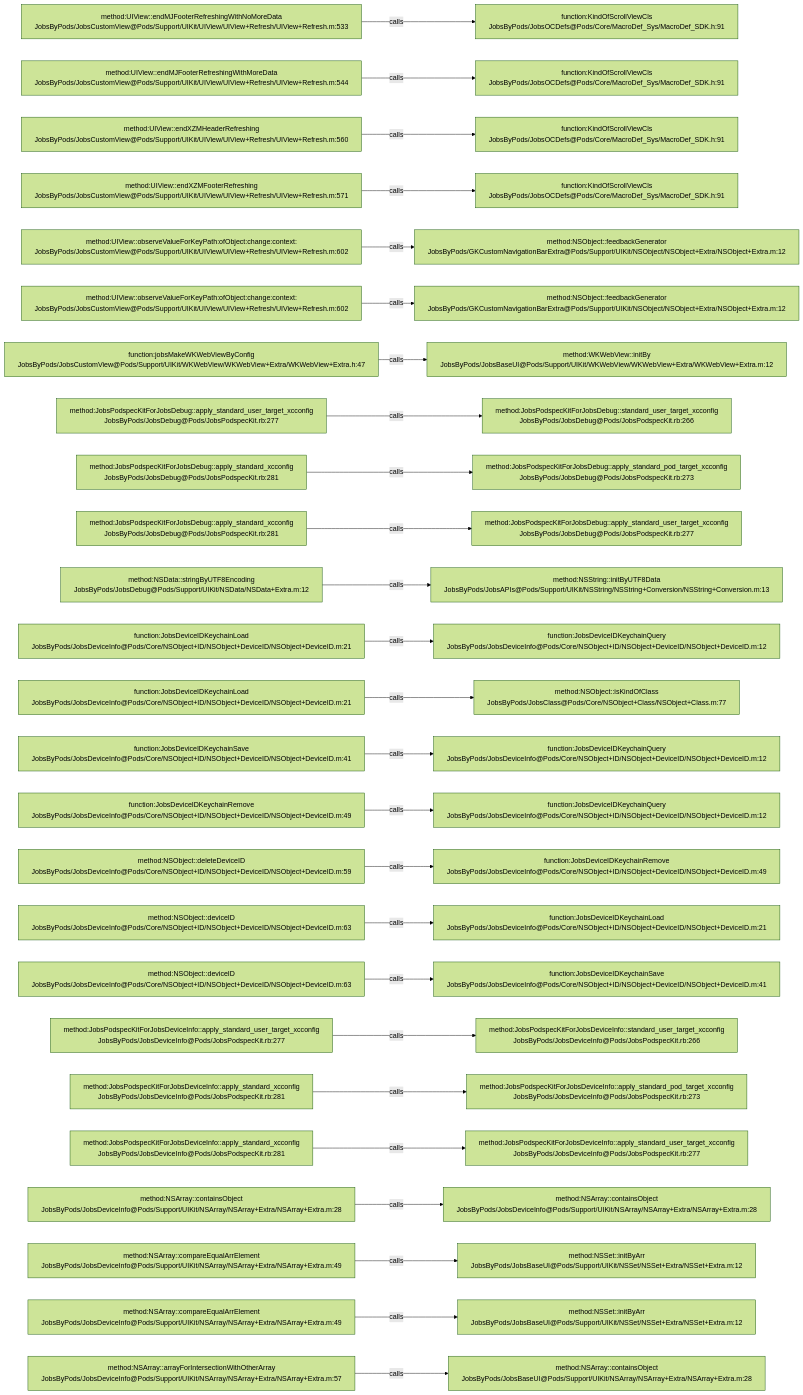
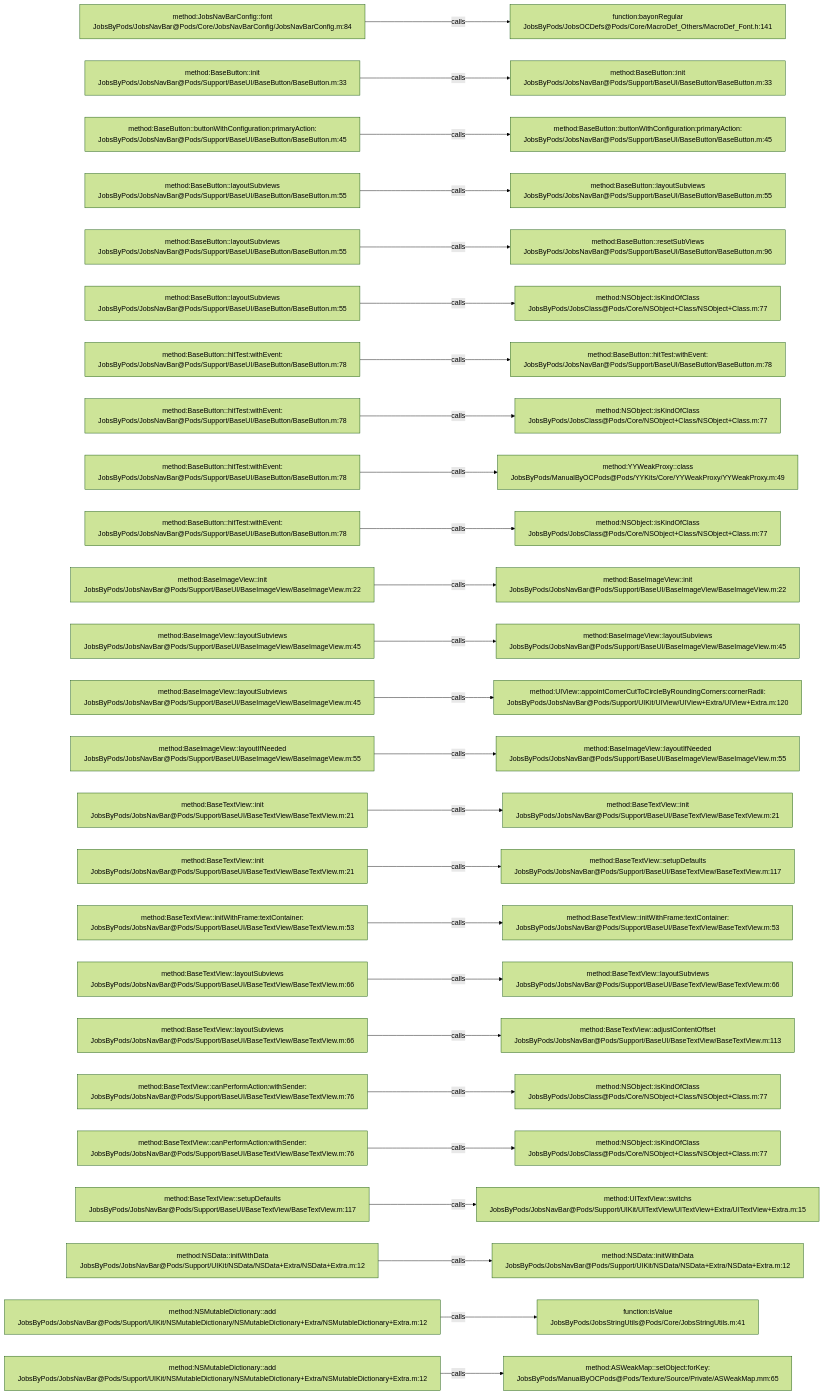
The diagram in .codegraph/codegraph.md/graphs/calls-116.md (JobsKits/JobsOCBaseConfigDemo), drawn with Mermaid (forest theme) before and after one commit. The commit also changed 1026 other files, not shown here.

````diff
--- a/.codegraph/codegraph.md/graphs/calls-116.md
+++ b/.codegraph/codegraph.md/graphs/calls-116.md
@@ -13,78 +13,78 @@
 ```mermaid
 flowchart LR
-  S1["method:UIView::endMJFooterRefreshingWithNoMoreData<br/>JobsByPods/JobsCustomView@Pods/Support/UIKit/UIView/UIView+Refresh/UIView+Refresh.m:533"]
-  T1["function:KindOfScrollViewCls<br/>JobsByPods/JobsOCDefs@Pods/Core/MacroDef_Sys/MacroDef_SDK.h:91"]
+  S1["method:JobsNavBarConfig::font<br/>JobsByPods/JobsNavBar@Pods/Core/JobsNavBarConfig/JobsNavBarConfig.m:84"]
+  T1["function:bayonRegular<br/>JobsByPods/JobsOCDefs@Pods/Core/MacroDef_Others/MacroDef_Font.h:141"]
   S1 -->|calls| T1
-  S2["method:UIView::endMJFooterRefreshingWithMoreData<br/>JobsByPods/JobsCustomView@Pods/Support/UIKit/UIView/UIView+Refresh/UIView+Refresh.m:544"]
-  T2["function:KindOfScrollViewCls<br/>JobsByPods/JobsOCDefs@Pods/Core/MacroDef_Sys/MacroDef_SDK.h:91"]
+  S2["method:BaseButton::init<br/>JobsByPods/JobsNavBar@Pods/Support/BaseUI/BaseButton/BaseButton.m:33"]
+  T2["method:BaseButton::init<br/>JobsByPods/JobsNavBar@Pods/Support/BaseUI/BaseButton/BaseButton.m:33"]
   S2 -->|calls| T2
-  S3["method:UIView::endXZMHeaderRefreshing<br/>JobsByPods/JobsCustomView@Pods/Support/UIKit/UIView/UIView+Refresh/UIView+Refresh.m:560"]
-  T3["function:KindOfScrollViewCls<br/>JobsByPods/JobsOCDefs@Pods/Core/MacroDef_Sys/MacroDef_SDK.h:91"]
+  S3["method:BaseButton::buttonWithConfiguration:primaryAction:<br/>JobsByPods/JobsNavBar@Pods/Support/BaseUI/BaseButton/BaseButton.m:45"]
+  T3["method:BaseButton::buttonWithConfiguration:primaryAction:<br/>JobsByPods/JobsNavBar@Pods/Support/BaseUI/BaseButton/BaseButton.m:45"]
   S3 -->|calls| T3
-  S4["method:UIView::endXZMFooterRefreshing<br/>JobsByPods/JobsCustomView@Pods/Support/UIKit/UIView/UIView+Refresh/UIView+Refresh.m:571"]
-  T4["function:KindOfScrollViewCls<br/>JobsByPods/JobsOCDefs@Pods/Core/MacroDef_Sys/MacroDef_SDK.h:91"]
+  S4["method:BaseButton::layoutSubviews<br/>JobsByPods/JobsNavBar@Pods/Support/BaseUI/BaseButton/BaseButton.m:55"]
+  T4["method:BaseButton::layoutSubviews<br/>JobsByPods/JobsNavBar@Pods/Support/BaseUI/BaseButton/BaseButton.m:55"]
   S4 -->|calls| T4
-  S5["method:UIView::observeValueForKeyPath:ofObject:change:context:<br/>JobsByPods/JobsCustomView@Pods/Support/UIKit/UIView/UIView+Refresh/UIView+Refresh.m:602"]
-  T5["method:NSObject::feedbackGenerator<br/>JobsByPods/GKCustomNavigationBarExtra@Pods/Support/UIKit/NSObject/NSObject+Extra/NSObject+Extra.m:12"]
+  S5["method:BaseButton::layoutSubviews<br/>JobsByPods/JobsNavBar@Pods/Support/BaseUI/BaseButton/BaseButton.m:55"]
+  T5["method:BaseButton::resetSubViews<br/>JobsByPods/JobsNavBar@Pods/Support/BaseUI/BaseButton/BaseButton.m:96"]
   S5 -->|calls| T5
-  S6["method:UIView::observeValueForKeyPath:ofObject:change:context:<br/>JobsByPods/JobsCustomView@Pods/Support/UIKit/UIView/UIView+Refresh/UIView+Refresh.m:602"]
-  T6["method:NSObject::feedbackGenerator<br/>JobsByPods/GKCustomNavigationBarExtra@Pods/Support/UIKit/NSObject/NSObject+Extra/NSObject+Extra.m:12"]
+  S6["method:BaseButton::layoutSubviews<br/>JobsByPods/JobsNavBar@Pods/Support/BaseUI/BaseButton/BaseButton.m:55"]
+  T6["method:NSObject::isKindOfClass<br/>JobsByPods/JobsClass@Pods/Core/NSObject+Class/NSObject+Class.m:77"]
   S6 -->|calls| T6
-  S7["function:jobsMakeWKWebViewByConfig<br/>JobsByPods/JobsCustomView@Pods/Support/UIKit/WKWebView/WKWebView+Extra/WKWebView+Extra.h:47"]
-  T7["method:WKWebView::initBy<br/>JobsByPods/JobsBaseUI@Pods/Support/UIKit/WKWebView/WKWebView+Extra/WKWebView+Extra.m:12"]
+  S7["method:BaseButton::hitTest:withEvent:<br/>JobsByPods/JobsNavBar@Pods/Support/BaseUI/BaseButton/BaseButton.m:78"]
+  T7["method:BaseButton::hitTest:withEvent:<br/>JobsByPods/JobsNavBar@Pods/Support/BaseUI/BaseButton/BaseButton.m:78"]
   S7 -->|calls| T7
-  S8["method:JobsPodspecKitForJobsDebug::apply_standard_user_target_xcconfig<br/>JobsByPods/JobsDebug@Pods/JobsPodspecKit.rb:277"]
-  T8["method:JobsPodspecKitForJobsDebug::standard_user_target_xcconfig<br/>JobsByPods/JobsDebug@Pods/JobsPodspecKit.rb:266"]
+  S8["method:BaseButton::hitTest:withEvent:<br/>JobsByPods/JobsNavBar@Pods/Support/BaseUI/BaseButton/BaseButton.m:78"]
+  T8["method:NSObject::isKindOfClass<br/>JobsByPods/JobsClass@Pods/Core/NSObject+Class/NSObject+Class.m:77"]
   S8 -->|calls| T8
-  S9["method:JobsPodspecKitForJobsDebug::apply_standard_xcconfig<br/>JobsByPods/JobsDebug@Pods/JobsPodspecKit.rb:281"]
-  T9["method:JobsPodspecKitForJobsDebug::apply_standard_pod_target_xcconfig<br/>JobsByPods/JobsDebug@Pods/JobsPodspecKit.rb:273"]
+  S9["method:BaseButton::hitTest:withEvent:<br/>JobsByPods/JobsNavBar@Pods/Support/BaseUI/BaseButton/BaseButton.m:78"]
+  T9["method:YYWeakProxy::class<br/>JobsByPods/ManualByOCPods@Pods/YYKits/Core/YYWeakProxy/YYWeakProxy.m:49"]
   S9 -->|calls| T9
-  S10["method:JobsPodspecKitForJobsDebug::apply_standard_xcconfig<br/>JobsByPods/JobsDebug@Pods/JobsPodspecKit.rb:281"]
-  T10["method:JobsPodspecKitForJobsDebug::apply_standard_user_target_xcconfig<br/>JobsByPods/JobsDebug@Pods/JobsPodspecKit.rb:277"]
+  S10["method:BaseButton::hitTest:withEvent:<br/>JobsByPods/JobsNavBar@Pods/Support/BaseUI/BaseButton/BaseButton.m:78"]
+  T10["method:NSObject::isKindOfClass<br/>JobsByPods/JobsClass@Pods/Core/NSObject+Class/NSObject+Class.m:77"]
   S10 -->|calls| T10
-  S11["method:NSData::stringByUTF8Encoding<br/>JobsByPods/JobsDebug@Pods/Support/UIKit/NSData/NSData+Extra.m:12"]
-  T11["method:NSString::initByUTF8Data<br/>JobsByPods/JobsAPIs@Pods/Support/UIKit/NSString/NSString+Conversion/NSString+Conversion.m:13"]
+  S11["method:BaseImageView::init<br/>JobsByPods/JobsNavBar@Pods/Support/BaseUI/BaseImageView/BaseImageView.m:22"]
+  T11["method:BaseImageView::init<br/>JobsByPods/JobsNavBar@Pods/Support/BaseUI/BaseImageView/BaseImageView.m:22"]
   S11 -->|calls| T11
-  S12["function:JobsDeviceIDKeychainLoad<br/>JobsByPods/JobsDeviceInfo@Pods/Core/NSObject+ID/NSObject+DeviceID/NSObject+DeviceID.m:21"]
-  T12["function:JobsDeviceIDKeychainQuery<br/>JobsByPods/JobsDeviceInfo@Pods/Core/NSObject+ID/NSObject+DeviceID/NSObject+DeviceID.m:12"]
+  S12["method:BaseImageView::layoutSubviews<br/>JobsByPods/JobsNavBar@Pods/Support/BaseUI/BaseImageView/BaseImageView.m:45"]
+  T12["method:BaseImageView::layoutSubviews<br/>JobsByPods/JobsNavBar@Pods/Support/BaseUI/BaseImageView/BaseImageView.m:45"]
   S12 -->|calls| T12
-  S13["function:JobsDeviceIDKeychainLoad<br/>JobsByPods/JobsDeviceInfo@Pods/Core/NSObject+ID/NSObject+DeviceID/NSObject+DeviceID.m:21"]
-  T13["method:NSObject::isKindOfClass<br/>JobsByPods/JobsClass@Pods/Core/NSObject+Class/NSObject+Class.m:77"]
+  S13["method:BaseImageView::layoutSubviews<br/>JobsByPods/JobsNavBar@Pods/Support/BaseUI/BaseImageView/BaseImageView.m:45"]
+  T13["method:UIView::appointCornerCutToCircleByRoundingCorners:cornerRadii:<br/>JobsByPods/JobsNavBar@Pods/Support/UIKit/UIView/UIView+Extra/UIView+Extra.m:120"]
   S13 -->|calls| T13
-  S14["function:JobsDeviceIDKeychainSave<br/>JobsByPods/JobsDeviceInfo@Pods/Core/NSObject+ID/NSObject+DeviceID/NSObject+DeviceID.m:41"]
-  T14["function:JobsDeviceIDKeychainQuery<br/>JobsByPods/JobsDeviceInfo@Pods/Core/NSObject+ID/NSObject+DeviceID/NSObject+DeviceID.m:12"]
+  S14["method:BaseImageView::layoutIfNeeded<br/>JobsByPods/JobsNavBar@Pods/Support/BaseUI/BaseImageView/BaseImageView.m:55"]
+  T14["method:BaseImageView::layoutIfNeeded<br/>JobsByPods/JobsNavBar@Pods/Support/BaseUI/BaseImageView/BaseImageView.m:55"]
   S14 -->|calls| T14
-  S15["function:JobsDeviceIDKeychainRemove<br/>JobsByPods/JobsDeviceInfo@Pods/Core/NSObject+ID/NSObject+DeviceID/NSObject+DeviceID.m:49"]
-  T15["function:JobsDeviceIDKeychainQuery<br/>JobsByPods/JobsDeviceInfo@Pods/Core/NSObject+ID/NSObject+DeviceID/NSObject+DeviceID.m:12"]
+  S15["method:BaseTextView::init<br/>JobsByPods/JobsNavBar@Pods/Support/BaseUI/BaseTextView/BaseTextView.m:21"]
+  T15["method:BaseTextView::init<br/>JobsByPods/JobsNavBar@Pods/Support/BaseUI/BaseTextView/BaseTextView.m:21"]
   S15 -->|calls| T15
-  S16["method:NSObject::deleteDeviceID<br/>JobsByPods/JobsDeviceInfo@Pods/Core/NSObject+ID/NSObject+DeviceID/NSObject+DeviceID.m:59"]
-  T16["function:JobsDeviceIDKeychainRemove<br/>JobsByPods/JobsDeviceInfo@Pods/Core/NSObject+ID/NSObject+DeviceID/NSObject+DeviceID.m:49"]
+  S16["method:BaseTextView::init<br/>JobsByPods/JobsNavBar@Pods/Support/BaseUI/BaseTextView/BaseTextView.m:21"]
+  T16["method:BaseTextView::setupDefaults<br/>JobsByPods/JobsNavBar@Pods/Support/BaseUI/BaseTextView/BaseTextView.m:117"]
   S16 -->|calls| T16
-  S17["method:NSObject::deviceID<br/>JobsByPods/JobsDeviceInfo@Pods/Core/NSObject+ID/NSObject+DeviceID/NSObject+DeviceID.m:63"]
-  T17["function:JobsDeviceIDKeychainLoad<br/>JobsByPods/JobsDeviceInfo@Pods/Core/NSObject+ID/NSObject+DeviceID/NSObject+DeviceID.m:21"]
+  S17["method:BaseTextView::initWithFrame:textContainer:<br/>JobsByPods/JobsNavBar@Pods/Support/BaseUI/BaseTextView/BaseTextView.m:53"]
+  T17["method:BaseTextView::initWithFrame:textContainer:<br/>JobsByPods/JobsNavBar@Pods/Support/BaseUI/BaseTextView/BaseTextView.m:53"]
   S17 -->|calls| T17
-  S18["method:NSObject::deviceID<br/>JobsByPods/JobsDeviceInfo@Pods/Core/NSObject+ID/NSObject+DeviceID/NSObject+DeviceID.m:63"]
-  T18["function:JobsDeviceIDKeychainSave<br/>JobsByPods/JobsDeviceInfo@Pods/Core/NSObject+ID/NSObject+DeviceID/NSObject+DeviceID.m:41"]
+  S18["method:BaseTextView::layoutSubviews<br/>JobsByPods/JobsNavBar@Pods/Support/BaseUI/BaseTextView/BaseTextView.m:66"]
+  T18["method:BaseTextView::layoutSubviews<br/>JobsByPods/JobsNavBar@Pods/Support/BaseUI/BaseTextView/BaseTextView.m:66"]
   S18 -->|calls| T18
-  S19["method:JobsPodspecKitForJobsDeviceInfo::apply_standard_user_target_xcconfig<br/>JobsByPods/JobsDeviceInfo@Pods/JobsPodspecKit.rb:277"]
-  T19["method:JobsPodspecKitForJobsDeviceInfo::standard_user_target_xcconfig<br/>JobsByPods/JobsDeviceInfo@Pods/JobsPodspecKit.rb:266"]
+  S19["method:BaseTextView::layoutSubviews<br/>JobsByPods/JobsNavBar@Pods/Support/BaseUI/BaseTextView/BaseTextView.m:66"]
+  T19["method:BaseTextView::adjustContentOffset<br/>JobsByPods/JobsNavBar@Pods/Support/BaseUI/BaseTextView/BaseTextView.m:113"]
   S19 -->|calls| T19
-  S20["method:JobsPodspecKitForJobsDeviceInfo::apply_standard_xcconfig<br/>JobsByPods/JobsDeviceInfo@Pods/JobsPodspecKit.rb:281"]
-  T20["method:JobsPodspecKitForJobsDeviceInfo::apply_standard_pod_target_xcconfig<br/>JobsByPods/JobsDeviceInfo@Pods/JobsPodspecKit.rb:273"]
+  S20["method:BaseTextView::canPerformAction:withSender:<br/>JobsByPods/JobsNavBar@Pods/Support/BaseUI/BaseTextView/BaseTextView.m:76"]
+  T20["method:NSObject::isKindOfClass<br/>JobsByPods/JobsClass@Pods/Core/NSObject+Class/NSObject+Class.m:77"]
   S20 -->|calls| T20
-  S21["method:JobsPodspecKitForJobsDeviceInfo::apply_standard_xcconfig<br/>JobsByPods/JobsDeviceInfo@Pods/JobsPodspecKit.rb:281"]
-  T21["method:JobsPodspecKitForJobsDeviceInfo::apply_standard_user_target_xcconfig<br/>JobsByPods/JobsDeviceInfo@Pods/JobsPodspecKit.rb:277"]
+  S21["method:BaseTextView::canPerformAction:withSender:<br/>JobsByPods/JobsNavBar@Pods/Support/BaseUI/BaseTextView/BaseTextView.m:76"]
+  T21["method:NSObject::isKindOfClass<br/>JobsByPods/JobsClass@Pods/Core/NSObject+Class/NSObject+Class.m:77"]
   S21 -->|calls| T21
-  S22["method:NSArray::containsObject<br/>JobsByPods/JobsDeviceInfo@Pods/Support/UIKit/NSArray/NSArray+Extra/NSArray+Extra.m:28"]
-  T22["method:NSArray::containsObject<br/>JobsByPods/JobsDeviceInfo@Pods/Support/UIKit/NSArray/NSArray+Extra/NSArray+Extra.m:28"]
+  S22["method:BaseTextView::setupDefaults<br/>JobsByPods/JobsNavBar@Pods/Support/BaseUI/BaseTextView/BaseTextView.m:117"]
+  T22["method:UITextView::switchs<br/>JobsByPods/JobsNavBar@Pods/Support/UIKit/UITextView/UITextView+Extra/UITextView+Extra.m:15"]
   S22 -->|calls| T22
-  S23["method:NSArray::compareEqualArrElement<br/>JobsByPods/JobsDeviceInfo@Pods/Support/UIKit/NSArray/NSArray+Extra/NSArray+Extra.m:49"]
-  T23["method:NSSet::initByArr<br/>JobsByPods/JobsBaseUI@Pods/Support/UIKit/NSSet/NSSet+Extra/NSSet+Extra.m:12"]
+  S23["method:NSData::initWithData<br/>JobsByPods/JobsNavBar@Pods/Support/UIKit/NSData/NSData+Extra/NSData+Extra.m:12"]
+  T23["method:NSData::initWithData<br/>JobsByPods/JobsNavBar@Pods/Support/UIKit/NSData/NSData+Extra/NSData+Extra.m:12"]
   S23 -->|calls| T23
-  S24["method:NSArray::compareEqualArrElement<br/>JobsByPods/JobsDeviceInfo@Pods/Support/UIKit/NSArray/NSArray+Extra/NSArray+Extra.m:49"]
-  T24["method:NSSet::initByArr<br/>JobsByPods/JobsBaseUI@Pods/Support/UIKit/NSSet/NSSet+Extra/NSSet+Extra.m:12"]
+  S24["method:NSMutableDictionary::add<br/>JobsByPods/JobsNavBar@Pods/Support/UIKit/NSMutableDictionary/NSMutableDictionary+Extra/NSMutableDictionary+Extra.m:12"]
+  T24["function:isValue<br/>JobsByPods/JobsStringUtils@Pods/Core/JobsStringUtils.m:41"]
   S24 -->|calls| T24
-  S25["method:NSArray::arrayForIntersectionWithOtherArray<br/>JobsByPods/JobsDeviceInfo@Pods/Support/UIKit/NSArray/NSArray+Extra/NSArray+Extra.m:57"]
-  T25["method:NSArray::containsObject<br/>JobsByPods/JobsBaseUI@Pods/Support/UIKit/NSArray/NSArray+Extra/NSArray+Extra.m:28"]
+  S25["method:NSMutableDictionary::add<br/>JobsByPods/JobsNavBar@Pods/Support/UIKit/NSMutableDictionary/NSMutableDictionary+Extra/NSMutableDictionary+Extra.m:12"]
+  T25["method:ASWeakMap::setObject:forKey:<br/>JobsByPods/ManualByOCPods@Pods/Texture/Source/Private/ASWeakMap.mm:65"]
   S25 -->|calls| T25
 ```
````
